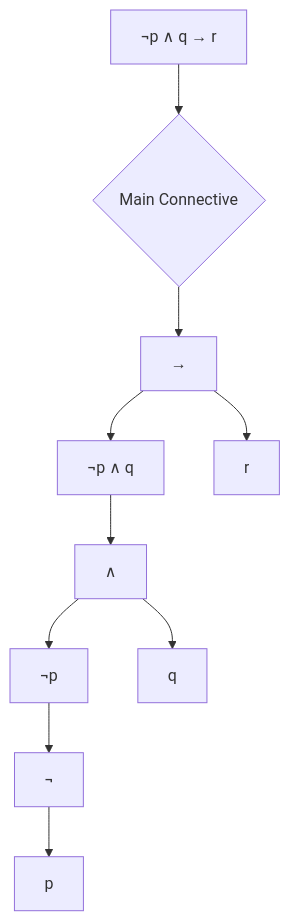
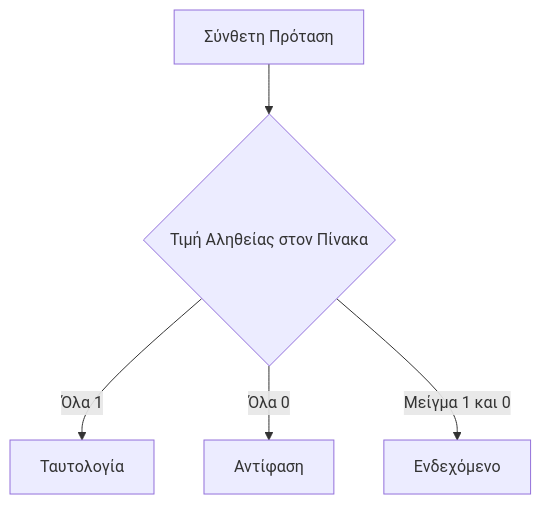
Before and after one commit to PanagopoulosNikolaos/DitOpenNotes: the third of 5 diagrams in Year_1/Semester_2/DISCRETE_MATHEMATICS/Resources/Notes/5_Propositional Logic.md, drawn with Mermaid. The commit also changed other lines of this file and 8 other files, not shown here.

````diff
--- a/Year_1/Semester_2/DISCRETE_MATHEMATICS/Resources/Notes/5_Propositional Logic.md
+++ b/Year_1/Semester_2/DISCRETE_MATHEMATICS/Resources/Notes/5_Propositional Logic.md
@@ -104,12 +165,7 @@
 ```mermaid
 graph TD
-    A[¬p ∧ q → r] --> B{Main Connective}
-    B --> C[→]
-    C --> D[¬p ∧ q]
-    C --> E[r]
-    D --> F[∧]
-    F --> G[¬p]
-    F --> H[q]
-    G --> I[¬]
-    I --> J[p]
+    A[Σύνθετη Πρόταση] --> B{Τιμή Αληθείας στον Πίνακα}
+    B -->|Όλα 1| C[Ταυτολογία]
+    B -->|Όλα 0| D[Αντίφαση]
+    B -->|Μείγμα 1 και 0| E[Ενδεχόμενο]
 ```
````
